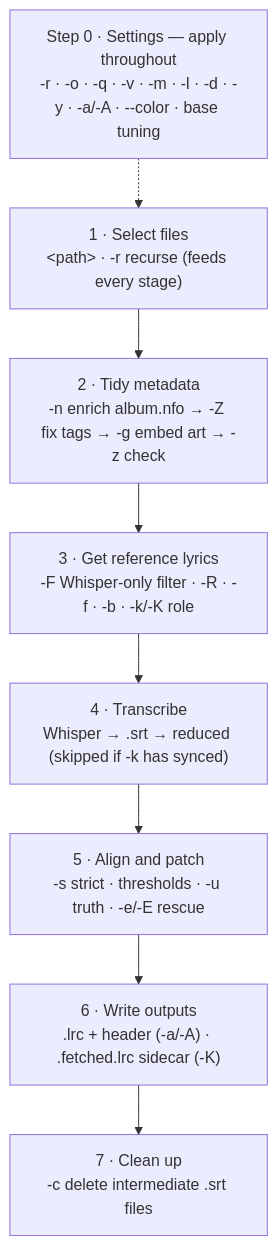
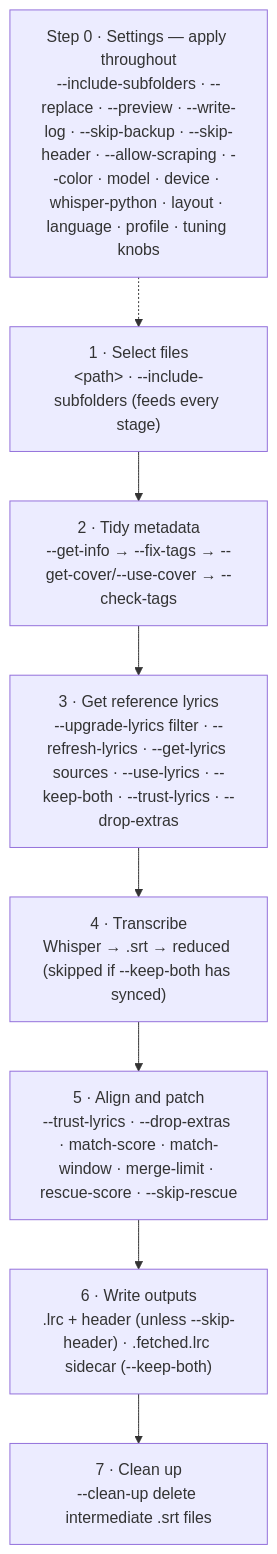
Before and after one commit to Ephellon/PyLy: the diagram in README.md, drawn with Mermaid. The commit also changed other lines of this file and 16 other files, not shown here.

````diff
--- a/README.md
+++ b/README.md
@@ -629,11 +452,11 @@
 ```mermaid
 flowchart TD
-    S["Step 0 · Settings — apply throughout<br/>-r · -o · -q · -v · -m · -l · -d · -y · -a/-A · --color · base tuning"] -.-> A
-    A["1 · Select files<br/>&lt;path&gt; · -r recurse (feeds every stage)"] --> B
-    B["2 · Tidy metadata<br/>-n enrich album.nfo → -Z fix tags → -g embed art → -z check"] --> C
-    C["3 · Get reference lyrics<br/>-F Whisper-only filter · -R · -f · -b · -k/-K role"] --> D
-    D["4 · Transcribe<br/>Whisper → .srt → reduced (skipped if -k has synced)"] --> E
-    E["5 · Align and patch<br/>-s strict · thresholds · -u truth · -e/-E rescue"] --> F
-    F["6 · Write outputs<br/>.lrc + header (-a/-A) · .fetched.lrc sidecar (-K)"] --> G
-    G["7 · Clean up<br/>-c delete intermediate .srt files"]
+    S["Step 0 · Settings — apply throughout<br/>--include-subfolders · --replace · --preview · --write-log · --skip-backup · --skip-header · --allow-scraping · --color · model · device · whisper-python · layout · language · profile · tuning knobs"] -.-> A
+    A["1 · Select files<br/>&lt;path&gt; · --include-subfolders (feeds every stage)"] --> B
+    B["2 · Tidy metadata<br/>--get-info → --fix-tags → --get-cover/--use-cover → --check-tags"] --> C
+    C["3 · Get reference lyrics<br/>--upgrade-lyrics filter · --refresh-lyrics · --get-lyrics sources · --use-lyrics · --keep-both · --trust-lyrics · --drop-extras"] --> D
+    D["4 · Transcribe<br/>Whisper → .srt → reduced (skipped if --keep-both has synced)"] --> E
+    E["5 · Align and patch<br/>--trust-lyrics · --drop-extras · match-score · match-window · merge-limit · rescue-score · --skip-rescue"] --> F
+    F["6 · Write outputs<br/>.lrc + header (unless --skip-header) · .fetched.lrc sidecar (--keep-both)"] --> G
+    G["7 · Clean up<br/>--clean-up delete intermediate .srt files"]
 ```
````
